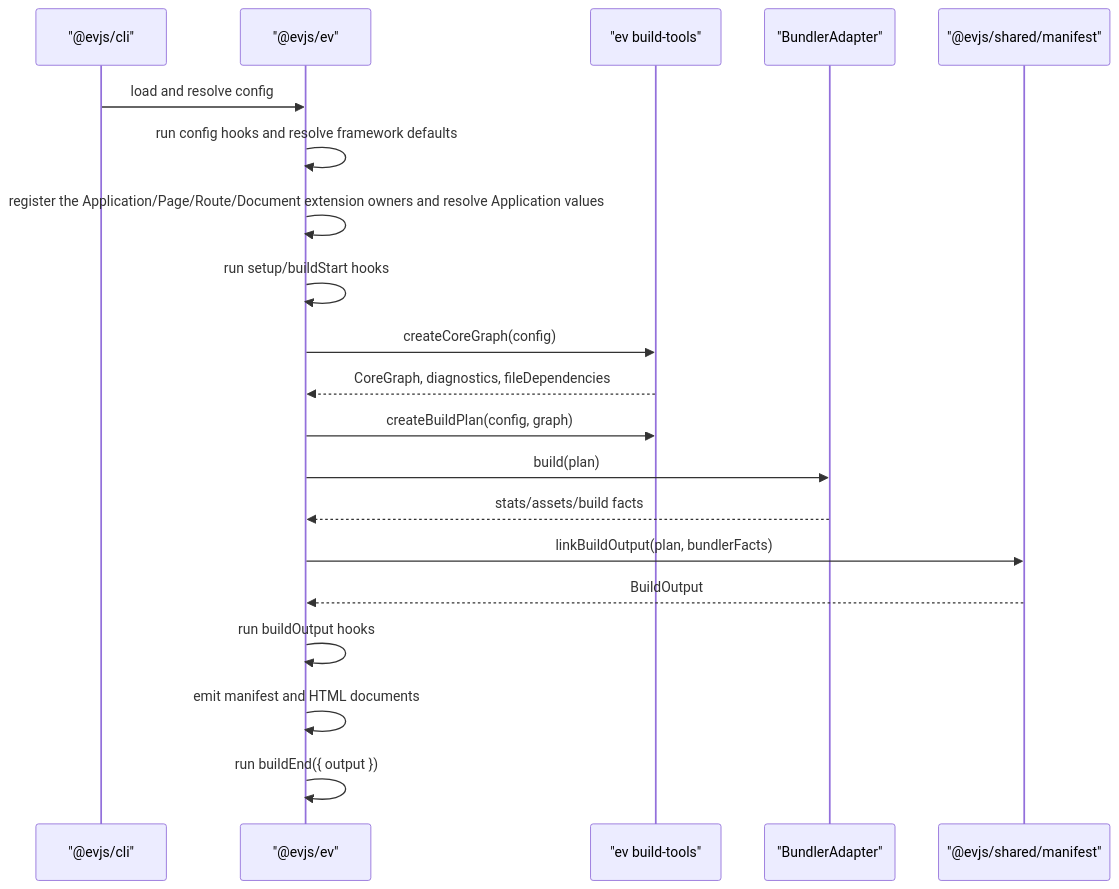
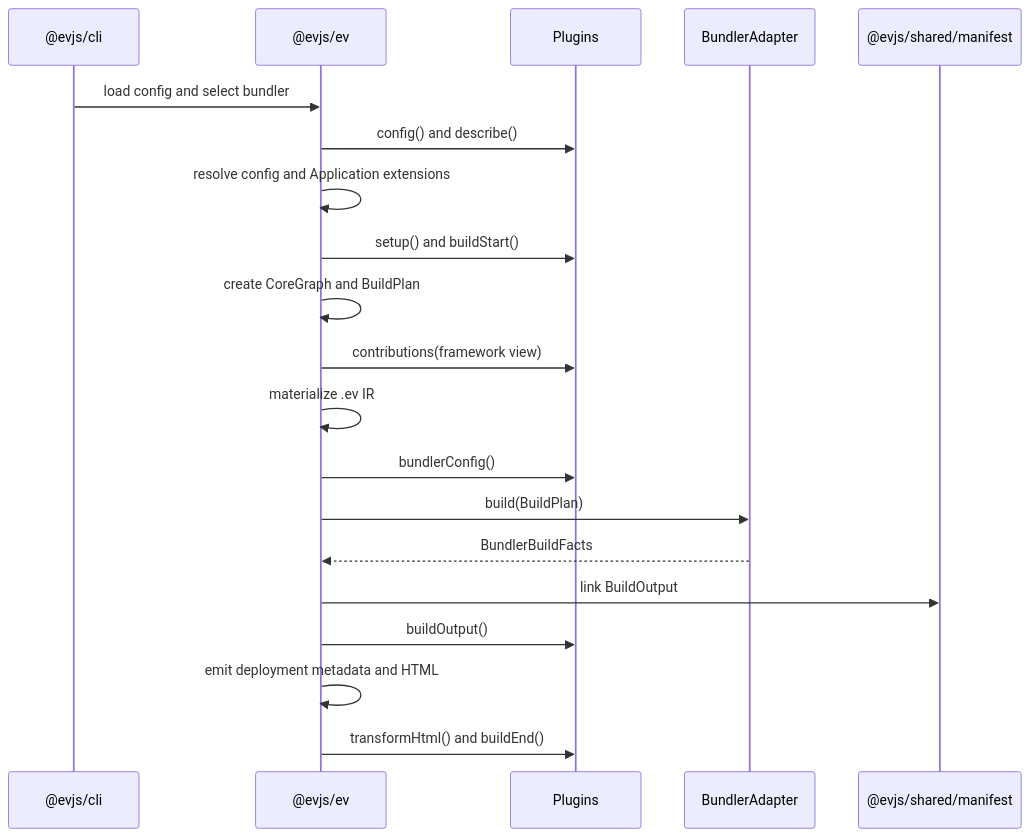
One commit to afx-team/evjs changed the diagram in ARCHITECTURE.md. Above: the diagram before and after it, drawn with Mermaid. The commit also changed other lines of this file and 114 other files, not shown here.

First line of the commit message:
refactor(core): align architecture and remove legacy config

````diff
--- a/ARCHITECTURE.md
+++ b/ARCHITECTURE.md
@@ -152,23 +87,23 @@
 ```mermaid
 sequenceDiagram
-  participant CLI as "@evjs/cli"
-  participant EV as "@evjs/ev"
-  participant Tools as "ev build-tools"
-  participant Bundler as "BundlerAdapter"
-  participant Manifest as "@evjs/shared/manifest"
+  participant CLI as @evjs/cli
+  participant EV as @evjs/ev
+  participant Plugin as Plugins
+  participant Bundler as BundlerAdapter
+  participant Shared as @evjs/shared/manifest
 
-  CLI->>EV: load and resolve config
-  EV->>EV: run config hooks and resolve framework defaults
-  EV->>EV: register the Application/Page/Route/Document extension owners and resolve Application values
-  EV->>EV: run setup/buildStart hooks
-  EV->>Tools: createCoreGraph(config)
-  Tools-->>EV: CoreGraph, diagnostics, fileDependencies
-  EV->>Tools: createBuildPlan(config, graph)
-  EV->>Bundler: build(plan)
-  Bundler-->>EV: stats/assets/build facts
-  EV->>Manifest: linkBuildOutput(plan, bundlerFacts)
-  Manifest-->>EV: BuildOutput
-  EV->>EV: run buildOutput hooks
-  EV->>EV: emit manifest and HTML documents
-  EV->>EV: run buildEnd({ output })
+  CLI->>EV: load config and select bundler
+  EV->>Plugin: config() and describe()
+  EV->>EV: resolve config and Application extensions
+  EV->>Plugin: setup() and buildStart()
+  EV->>EV: create CoreGraph and BuildPlan
+  EV->>Plugin: contributions(framework view)
+  EV->>EV: materialize .ev IR
+  EV->>Plugin: bundlerConfig()
+  EV->>Bundler: build(BuildPlan)
+  Bundler-->>EV: BundlerBuildFacts
+  EV->>Shared: link BuildOutput
+  EV->>Plugin: buildOutput()
+  EV->>EV: emit deployment metadata and HTML
+  EV->>Plugin: transformHtml() and buildEnd()
 ```
````
